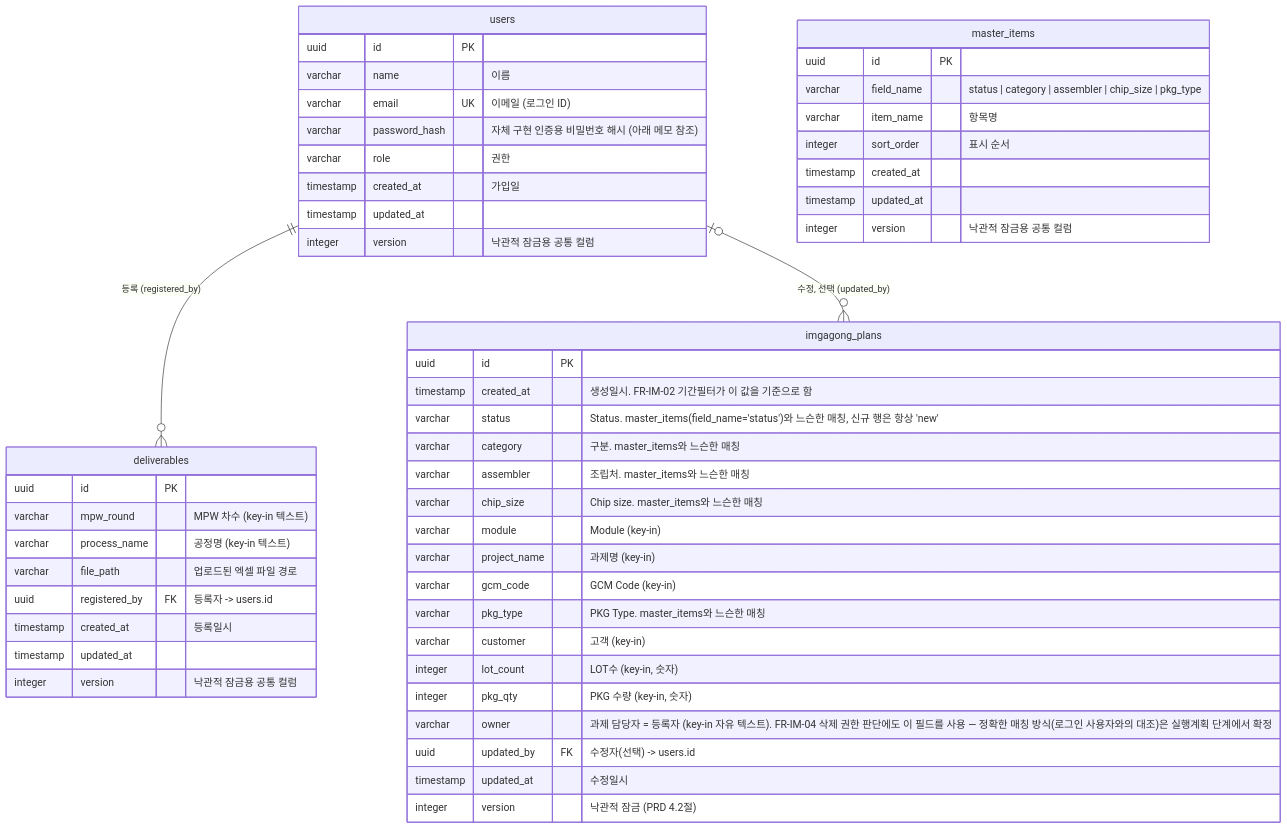
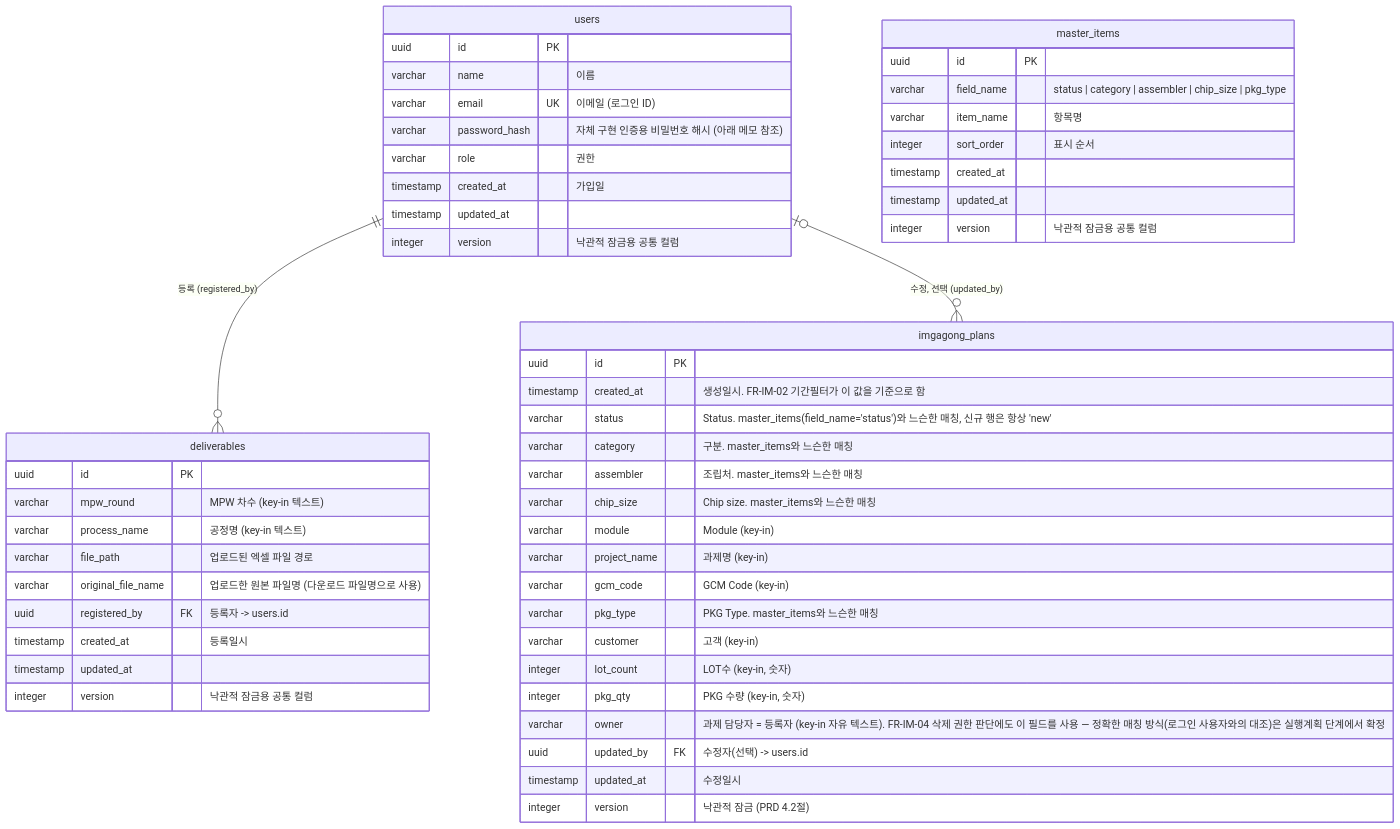
Before and after one commit to jeongyunki/Cld_MPW_Phase2: the diagram in docs/6-erd.md, drawn with Mermaid. The commit also changed 18 other files, not shown here.

````diff
--- a/docs/6-erd.md
+++ b/docs/6-erd.md
@@ -9,57 +9,58 @@
 ```mermaid
 erDiagram
     users ||--o{ deliverables : "등록 (registered_by)"
     users |o--o{ imgagong_plans : "수정, 선택 (updated_by)"
 
     deliverables {
         uuid id PK
         varchar mpw_round "MPW 차수 (key-in 텍스트)"
         varchar process_name "공정명 (key-in 텍스트)"
         varchar file_path "업로드된 엑셀 파일 경로"
+        varchar original_file_name "업로드한 원본 파일명 (다운로드 파일명으로 사용)"
         uuid registered_by FK "등록자 -> users.id"
         timestamp created_at "등록일시"
         timestamp updated_at
         integer version "낙관적 잠금용 공통 컬럼"
     }
 
     imgagong_plans {
         uuid id PK
         timestamp created_at "생성일시. FR-IM-02 기간필터가 이 값을 기준으로 함"
         varchar status "Status. master_items(field_name='status')와 느슨한 매칭, 신규 행은 항상 'new'"
         varchar category "구분. master_items와 느슨한 매칭"
         varchar assembler "조립처. master_items와 느슨한 매칭"
         varchar chip_size "Chip size. master_items와 느슨한 매칭"
         varchar module "Module (key-in)"
         varchar project_name "과제명 (key-in)"
         varchar gcm_code "GCM Code (key-in)"
         varchar pkg_type "PKG Type. master_items와 느슨한 매칭"
         varchar customer "고객 (key-in)"
         integer lot_count "LOT수 (key-in, 숫자)"
         integer pkg_qty "PKG 수량 (key-in, 숫자)"
         varchar owner "과제 담당자 = 등록자 (key-in 자유 텍스트). FR-IM-04 삭제 권한 판단에도 이 필드를 사용 — 정확한 매칭 방식(로그인 사용자와의 대조)은 실행계획 단계에서 확정"
         uuid updated_by FK "수정자(선택) -> users.id"
         timestamp updated_at "수정일시"
         integer version "낙관적 잠금 (PRD 4.2절)"
     }
 
     master_items {
         uuid id PK
         varchar field_name "status | category | assembler | chip_size | pkg_type"
         varchar item_name "항목명"
         integer sort_order "표시 순서"
         timestamp created_at
         timestamp updated_at
         integer version "낙관적 잠금용 공통 컬럼"
     }
 
     users {
         uuid id PK
         varchar name "이름"
         varchar email UK "이메일 (로그인 ID)"
         varchar password_hash "자체 구현 인증용 비밀번호 해시 (아래 메모 참조)"
         varchar role "권한"
         timestamp created_at "가입일"
         timestamp updated_at
         integer version "낙관적 잠금용 공통 컬럼"
     }
 ```
````
